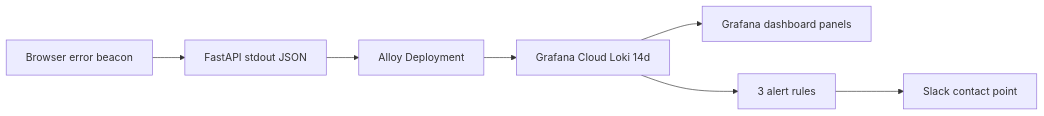
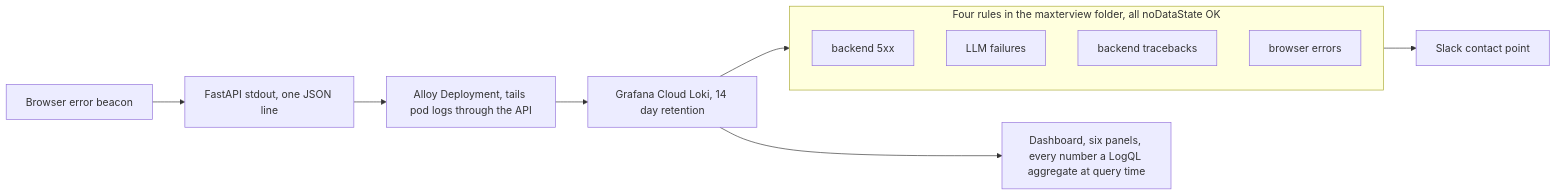
Before and after one commit to notseekeru/portfolio_website: the fourth of 5 diagrams in frontend/src/content/blogs/what-shipping-a-real-product-actually-took.md, drawn with Mermaid. The commit also changed other lines of this file, not shown here.

````diff
--- a/frontend/src/content/blogs/what-shipping-a-real-product-actually-took.md
+++ b/frontend/src/content/blogs/what-shipping-a-real-product-actually-took.md
@@ -140,9 +177,15 @@
 ```mermaid
 graph LR
-    App[FastAPI stdout JSON] --> Alloy[Alloy Deployment]
-    Alloy --> Loki[Grafana Cloud Loki 14d]
-    Loki --> Dash[Grafana dashboard panels]
-    Loki --> Rules[3 alert rules]
-    Rules --> Slack[Slack contact point]
-    Browser[Browser error beacon] --> App
+    App["FastAPI stdout, one JSON line"] --> Alloy["Alloy Deployment, tails pod logs through the API"]
+    Browser["Browser error beacon"] --> App
+    Alloy --> Loki["Grafana Cloud Loki, 14 day retention"]
+    Loki --> Dash["Dashboard, six panels, every number a LogQL aggregate at query time"]
+    subgraph Rules["Four rules in the maxterview folder, all noDataState OK"]
+        R1["backend 5xx"]
+        R2["LLM failures"]
+        R3["backend tracebacks"]
+        R4["browser errors"]
+    end
+    Loki --> Rules
+    Rules --> Slack["Slack contact point"]
 ```
````
